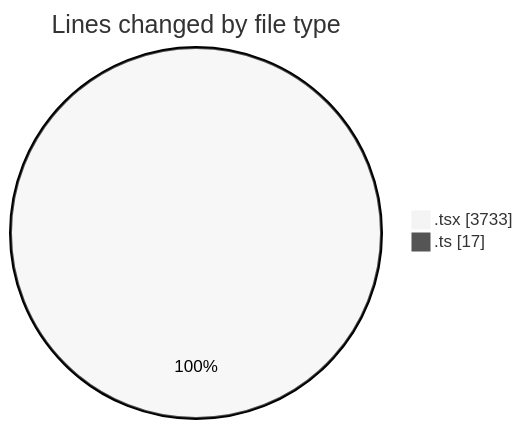
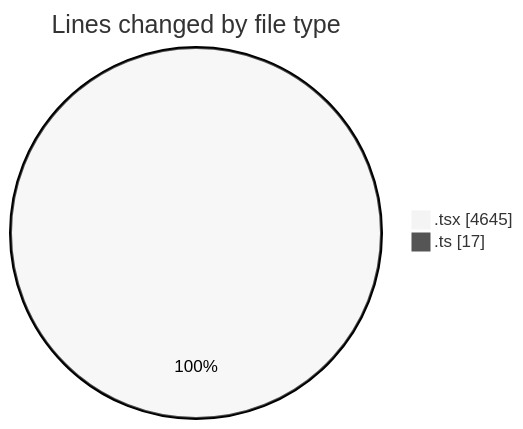
Before and after one commit to nxtqubesakshisongat/code-tracking: the first of 2 diagrams in 2026-03-15/nxtqube_webapp/README.md, drawn with Mermaid (neutral theme). The commit also changed other lines of this file and 1 other file, not shown here.

````diff
--- a/2026-03-15/nxtqube_webapp/README.md
+++ b/2026-03-15/nxtqube_webapp/README.md
@@ -23,6 +23,6 @@
 ```mermaid
 pie showData
 title Lines changed by file type
-".tsx" : 3733
+".tsx" : 4645
 ".ts" : 17
 ```
````
